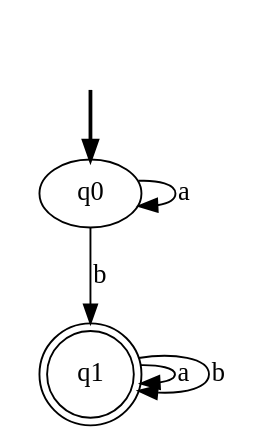
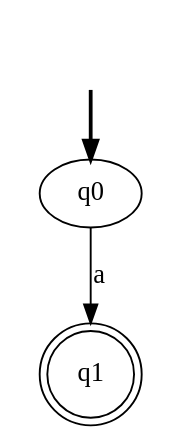
Before and after one commit to mohammad8017/TLA_Project1: the diagram in NFA_Schema/NFA_Diagram.dot, drawn with Graphviz. The commit also changed 10 other files, not shown here.

```diff
--- a/NFA_Schema/NFA_Diagram.dot
+++ b/NFA_Schema/NFA_Diagram.dot
@@ -1,10 +1,7 @@
 digraph {
 	fake0 [style=invisible]
+	q0 [root=true]
 	q1 [shape=doublecircle]
-	q0 [root=true]
 	fake0 -> q0 [style=bold]
-	q0 -> q0 [label=a]
-	q0 -> q1 [label=b]
-	q1 -> q1 [label=a]
-	q1 -> q1 [label=b]
+	q0 -> q1 [label=a]
 }
```
